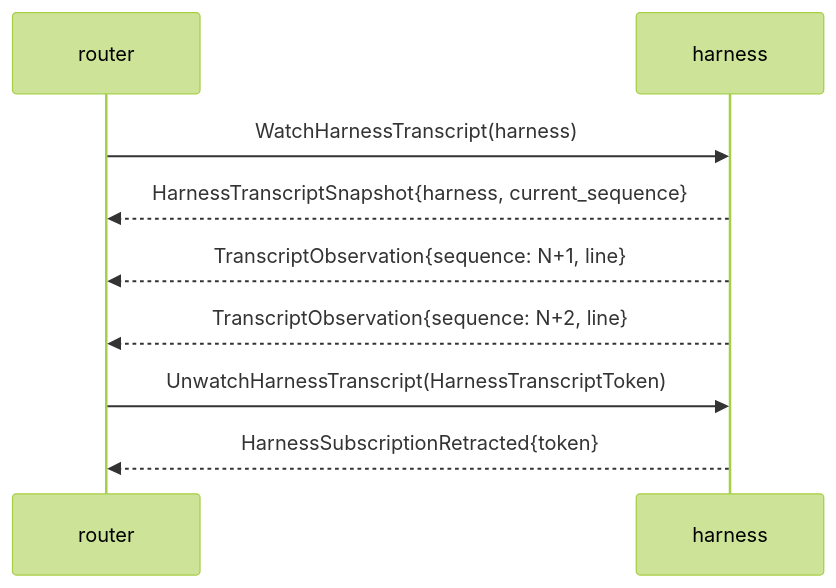
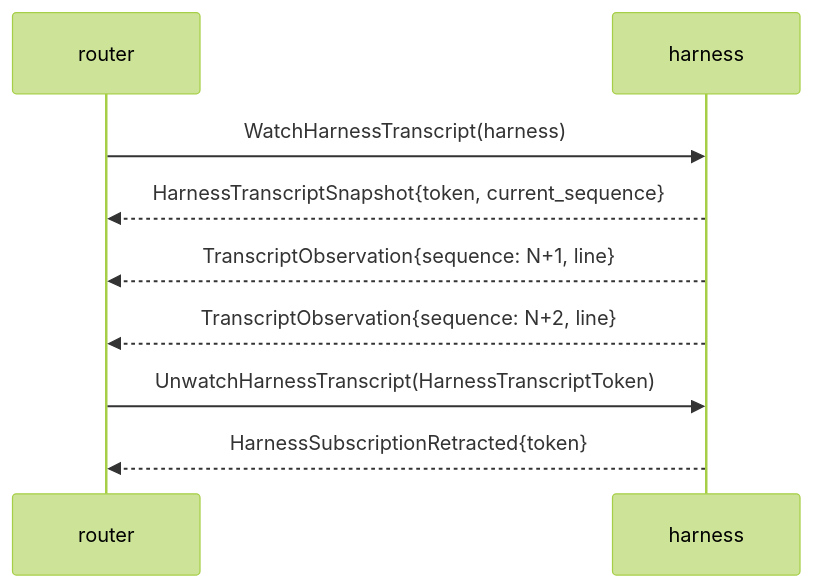
The diagram in ARCHITECTURE.md (LiGoldragon/signal-harness), drawn with Mermaid (forest theme) before and after one commit. The commit also changed other lines of this file and 5 other files, not shown here.

Commit message:
signal-harness: add transcript subscription identity

````diff
--- a/ARCHITECTURE.md
+++ b/ARCHITECTURE.md
@@ -98,12 +99,12 @@
 ```mermaid
 sequenceDiagram
     participant Router as router
     participant Harness as harness
 
     Router->>Harness: WatchHarnessTranscript(harness)
-    Harness-->>Router: HarnessTranscriptSnapshot{harness, current_sequence}
+    Harness-->>Router: HarnessTranscriptSnapshot{token, current_sequence}
     Harness-->>Router: TranscriptObservation{sequence: N+1, line}
     Harness-->>Router: TranscriptObservation{sequence: N+2, line}
     Router->>Harness: UnwatchHarnessTranscript(HarnessTranscriptToken)
     Harness-->>Router: HarnessSubscriptionRetracted{token}
 ```
````
